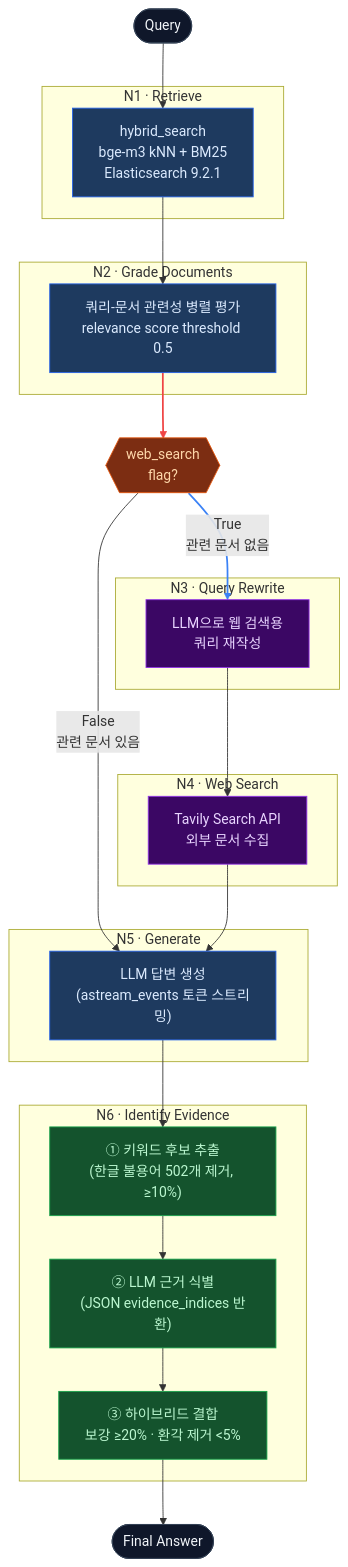
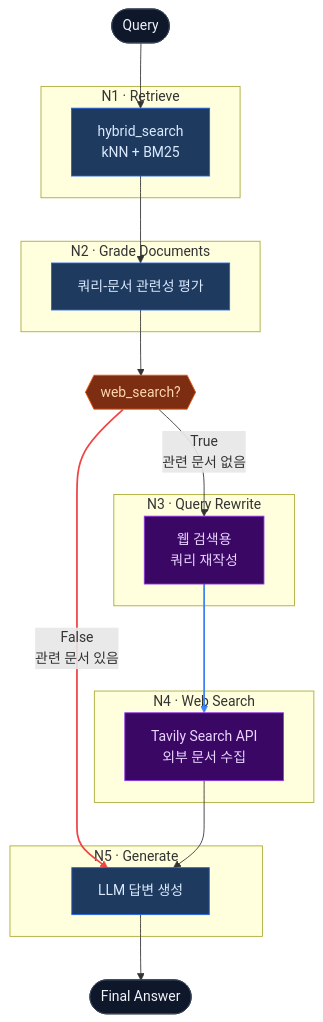
Before and after one commit to linkmind-ai/rag-project: the second of 3 diagrams in README.md, drawn with Mermaid. The commit also changed other lines of this file, not shown here.

Commit message:
chore: minor modification of readme

````diff
--- a/README.md
+++ b/README.md
@@ -97,54 +94,45 @@
 ```mermaid
 flowchart TD
     classDef io       fill:#0f172a,stroke:#334155,color:#f1f5f9,rx:16,ry:16
     classDef process  fill:#1e3a5f,stroke:#2563eb,color:#dbeafe
     classDef decide   fill:#7c2d12,stroke:#ea580c,color:#fed7aa
     classDef web      fill:#3b0764,stroke:#9333ea,color:#e9d5ff
-    classDef evidence fill:#14532d,stroke:#16a34a,color:#bbf7d0
 
     START(["Query"]):::io
 
     subgraph SG1["  N1 · Retrieve  "]
-        R["hybrid_search\nbge-m3 kNN + BM25\nElasticsearch 9.2.1"]:::process
+        R["hybrid_search\n kNN + BM25"]:::process
     end
 
     subgraph SG2["  N2 · Grade Documents  "]
-        G["쿼리-문서 관련성 병렬 평가\nrelevance score threshold 0.5"]:::process
+        G["쿼리-문서 관련성 평가"]:::process
     end
 
-    DEC{{"web_search\nflag?"}}:::decide
+    DEC{{"web_search?"}}:::decide
 
     subgraph SG3["  N3 · Query Rewrite  "]
-        QR["LLM으로 웹 검색용\n쿼리 재작성"]:::web
+        QR["웹 검색용\n쿼리 재작성"]:::web
     end
 
     subgraph SG4["  N4 · Web Search  "]
         WS["Tavily Search API\n외부 문서 수집"]:::web
     end
 
     subgraph SG5["  N5 · Generate  "]
-        GEN["LLM 답변 생성\n(astream_events 토큰 스트리밍)"]:::process
-    end
-
-    subgraph SG6["  N6 · Identify Evidence  "]
-        EV1["① 키워드 후보 추출\n(한글 불용어 502개 제거, ≥10%)"]:::evidence
-        EV2["② LLM 근거 식별\n(JSON evidence_indices 반환)"]:::evidence
-        EV3["③ 하이브리드 결합\n보강 ≥20% · 환각 제거 <5%"]:::evidence
-        EV1 --> EV2 --> EV3
+        GEN["LLM 답변 생성"]:::process
     end
 
     END(["Final Answer"]):::io
 
     START --> R
     R --> G
     G --> DEC
     DEC -- "True\n관련 문서 없음" --> QR
     DEC -- "False\n관련 문서 있음" --> GEN
     QR --> WS
     WS --> GEN
-    GEN --> EV1
-    EV3 --> END
+    GEN --> END
 
     linkStyle 4 stroke:#ef4444,stroke-width:2px
     linkStyle 5 stroke:#3b82f6,stroke-width:2px
 ```
````
